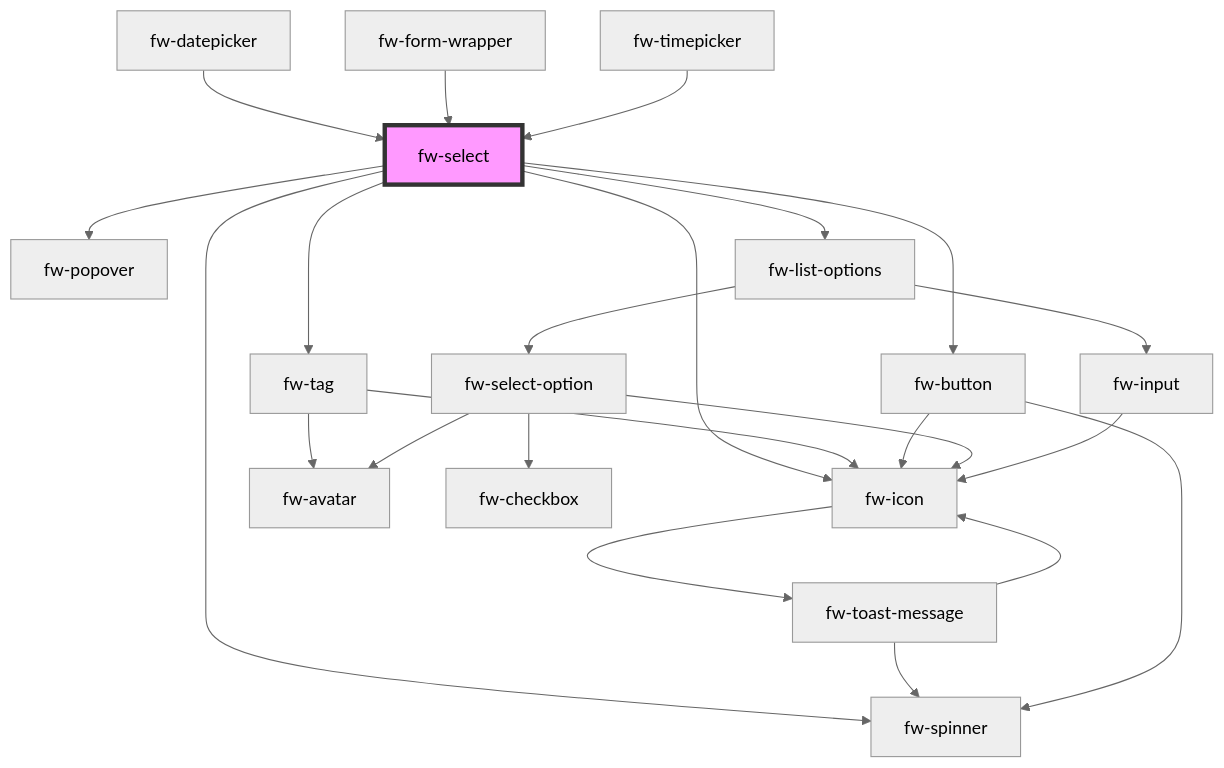
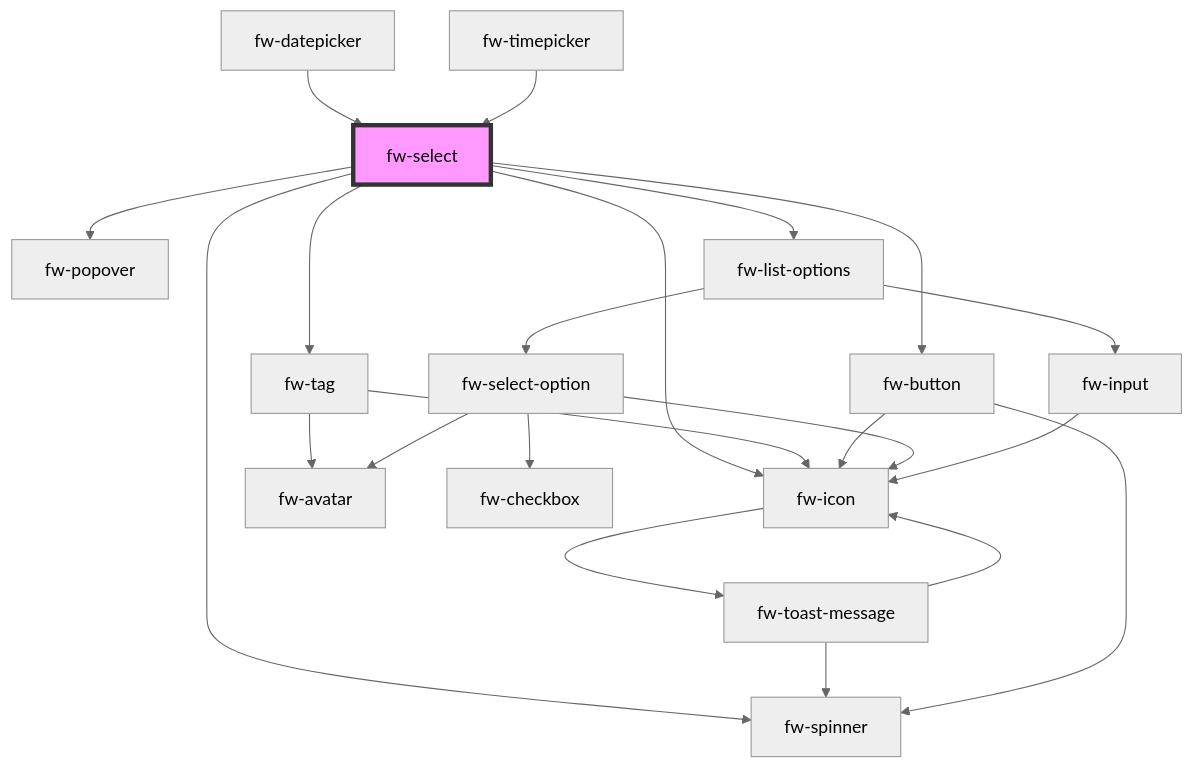
Before and after one commit to freshworks/crayons: the diagram in packages/crayons-core/src/components/select/readme.md, drawn with Mermaid (neutral theme). The commit also changed other lines of this file and 16 other files, not shown here.

````diff
--- a/packages/crayons-core/src/components/select/readme.md
+++ b/packages/crayons-core/src/components/select/readme.md
@@ -1007,26 +1006,25 @@
 ```mermaid
 graph TD;
   fw-select --> fw-tag
   fw-select --> fw-popover
   fw-select --> fw-button
   fw-select --> fw-spinner
   fw-select --> fw-icon
   fw-select --> fw-list-options
   fw-tag --> fw-avatar
   fw-tag --> fw-icon
   fw-icon --> fw-toast-message
   fw-toast-message --> fw-spinner
   fw-toast-message --> fw-icon
   fw-button --> fw-spinner
   fw-button --> fw-icon
   fw-list-options --> fw-select-option
   fw-list-options --> fw-input
   fw-select-option --> fw-icon
   fw-select-option --> fw-checkbox
   fw-select-option --> fw-avatar
   fw-input --> fw-icon
   fw-datepicker --> fw-select
-  fw-form-wrapper --> fw-select
   fw-timepicker --> fw-select
   style fw-select fill:#f9f,stroke:#333,stroke-width:4px
 ```
````
